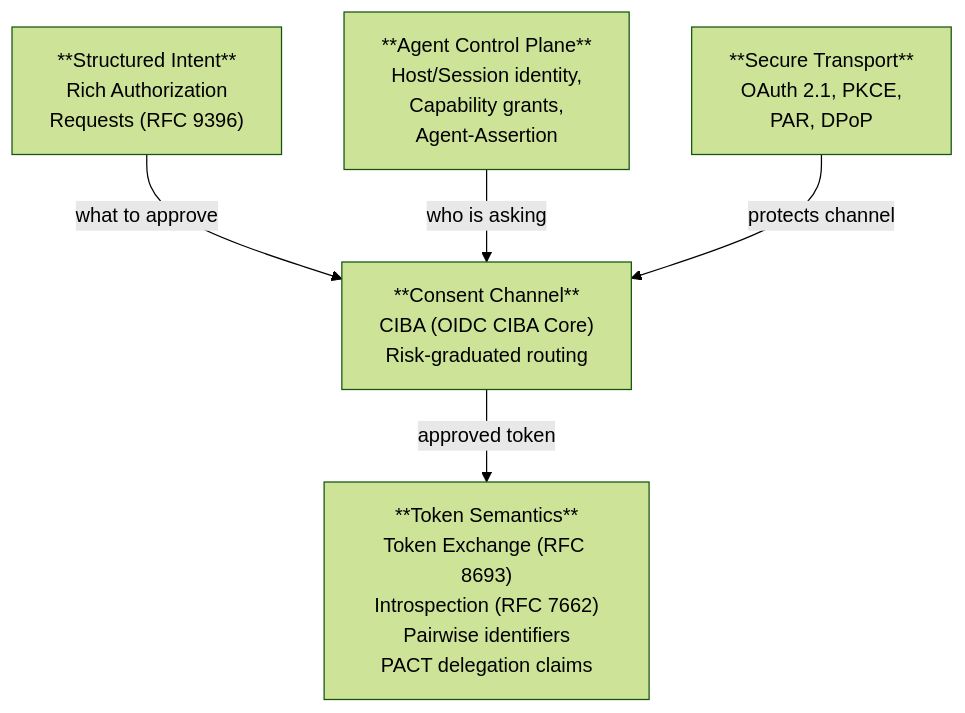
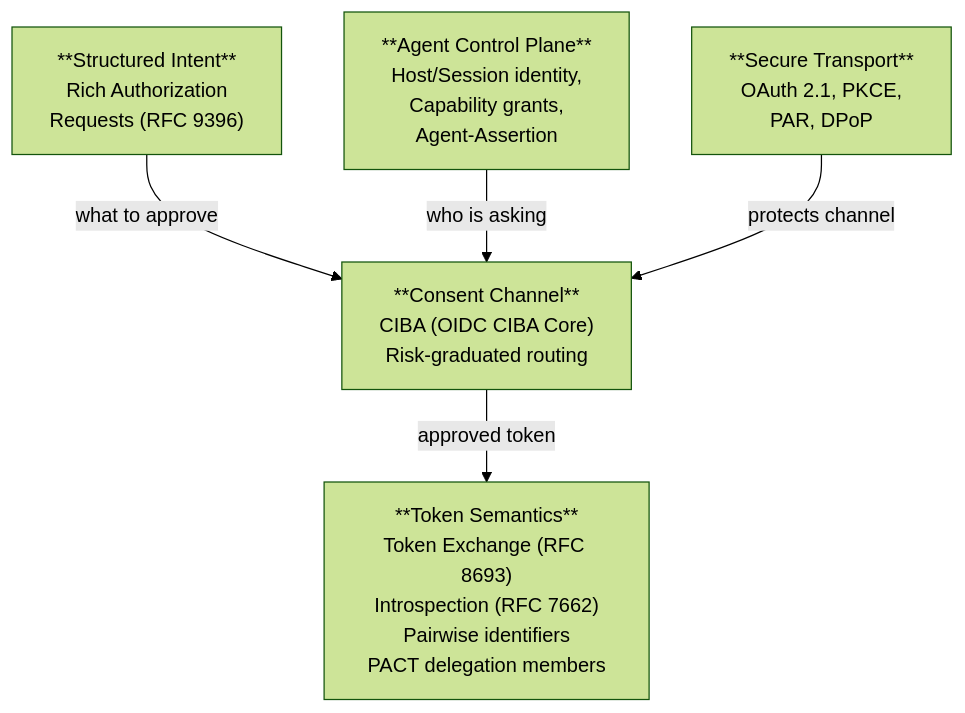
Before and after one commit to gustavovalverde/zentity: the first of 5 diagrams in docs/(specs)/pact-v0.1-draft.md, drawn with Mermaid (forest theme). The commit also changed other lines of this file and 29 other files, not shown here.

````diff
--- a/docs/(specs)/pact-v0.1-draft.md
+++ b/docs/(specs)/pact-v0.1-draft.md
@@ -89,16 +89,16 @@
 ```mermaid
 flowchart TD
     ST["**Secure Transport**\nOAuth 2.1, PKCE,\nPAR, DPoP"]
     SI["**Structured Intent**\nRich Authorization\nRequests (RFC 9396)"]
     ACP["**Agent Control Plane**\nHost/Session identity,\nCapability grants,\nAgent-Assertion"]
 
     SI -->|"what to approve"| CC
     ACP -->|"who is asking"| CC
     ST -->|"protects channel"| CC
 
     CC["**Consent Channel**\nCIBA (OIDC CIBA Core)\nRisk-graduated routing"]
 
     CC -->|"approved token"| TS
 
-    TS["**Token Semantics**\nToken Exchange (RFC 8693)\nIntrospection (RFC 7662)\nPairwise identifiers\nPACT delegation claims"]
+    TS["**Token Semantics**\nToken Exchange (RFC 8693)\nIntrospection (RFC 7662)\nPairwise identifiers\nPACT delegation members"]
 ```
````
